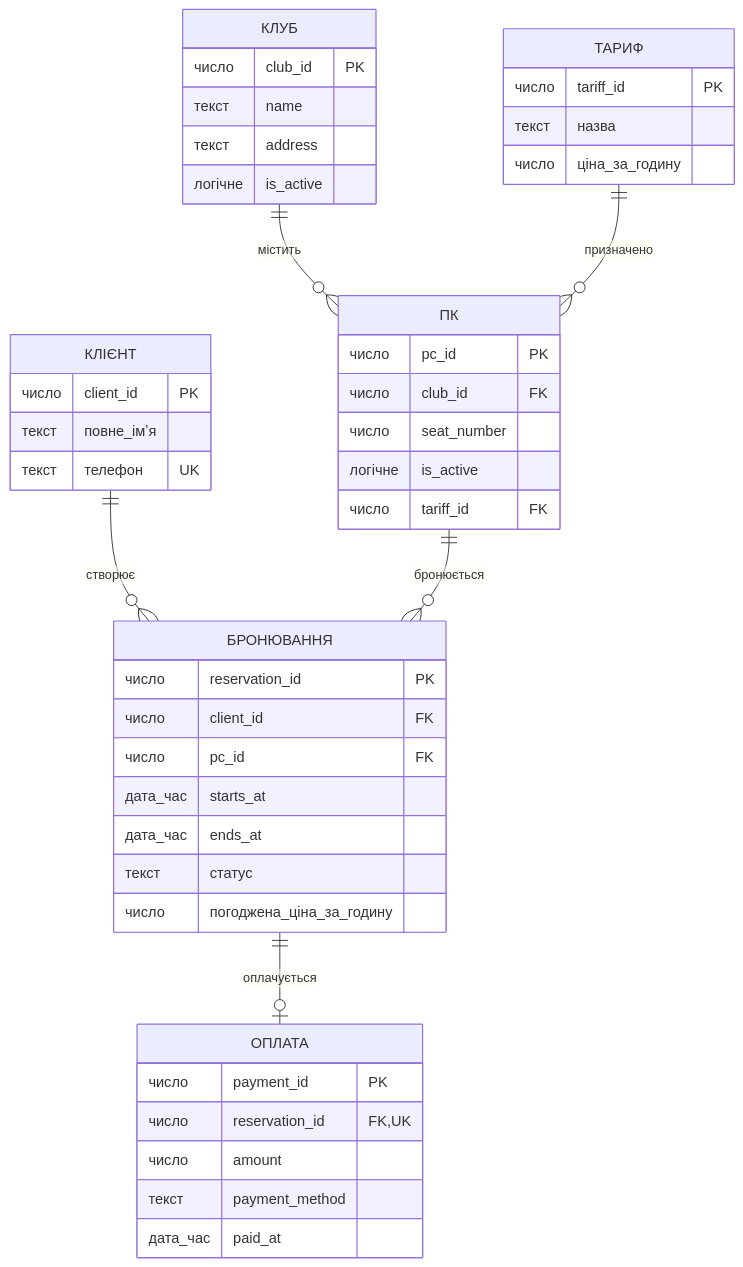
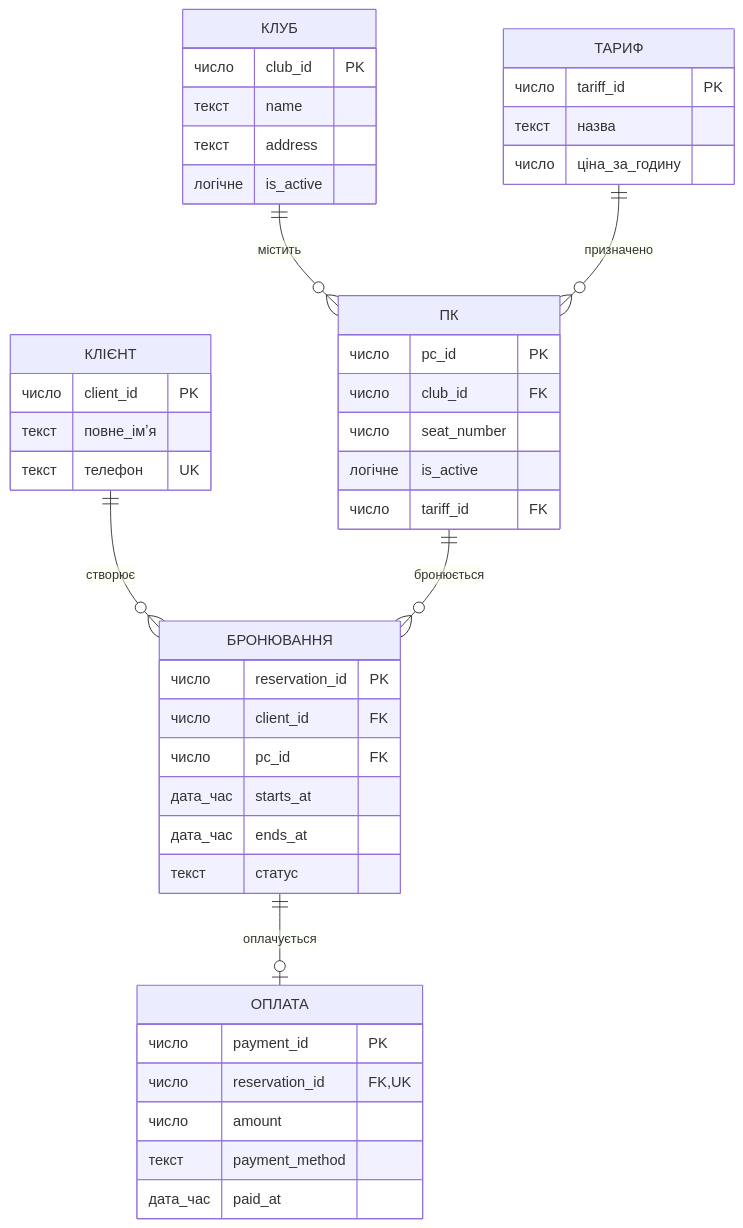
Before and after one commit to volodymyrsurhai1-hash/Laby_OBDZ: the first of 2 diagrams in lab-01/README.md, drawn with Mermaid.

Commit message:
Align reservation ER diagram with schema

````diff
--- a/lab-01/README.md
+++ b/lab-01/README.md
@@ -34,48 +34,47 @@
 ```mermaid
 erDiagram
     КЛУБ ||--o{ ПК : містить
     ТАРИФ ||--o{ ПК : призначено
     КЛІЄНТ ||--o{ БРОНЮВАННЯ : створює
     ПК ||--o{ БРОНЮВАННЯ : бронюється
     БРОНЮВАННЯ ||--o| ОПЛАТА : оплачується
 
     КЛУБ {
         число club_id PK
         текст name
         текст address
         логічне is_active
     }
     ТАРИФ {
         число tariff_id PK
         текст назва
         число ціна_за_годину
     }
     ПК {
         число pc_id PK
         число club_id FK
         число seat_number
         логічне is_active
         число tariff_id FK
     }
     КЛІЄНТ {
         число client_id PK
         текст повне_імʼя
         текст телефон UK
     }
     БРОНЮВАННЯ {
         число reservation_id PK
         число client_id FK
         число pc_id FK
         дата_час starts_at
         дата_час ends_at
         текст статус
-        число погоджена_ціна_за_годину
     }
     ОПЛАТА {
         число payment_id PK
         число reservation_id FK, UK
         число amount
         текст payment_method
         дата_час paid_at
     }
 ```
````
